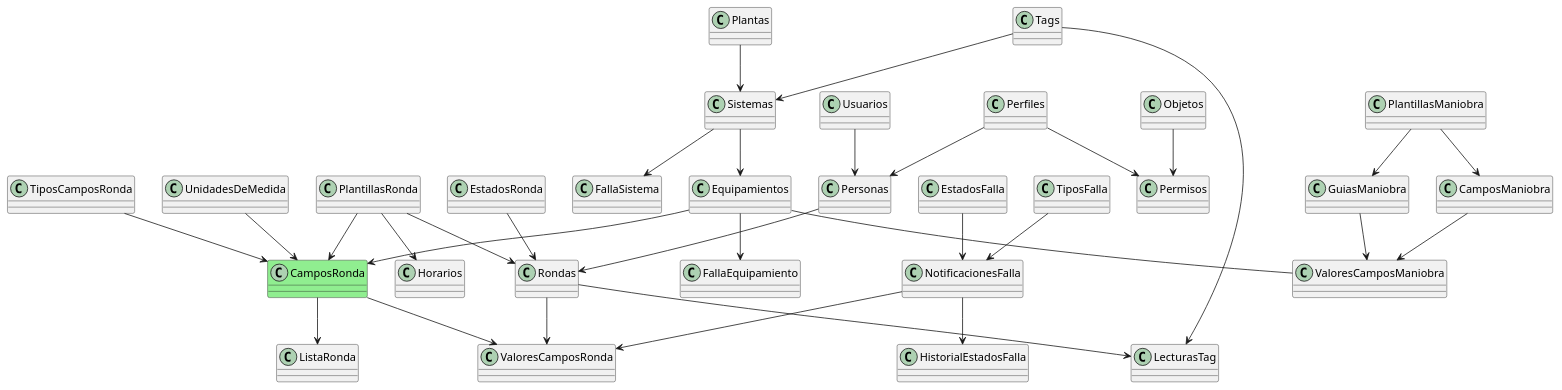
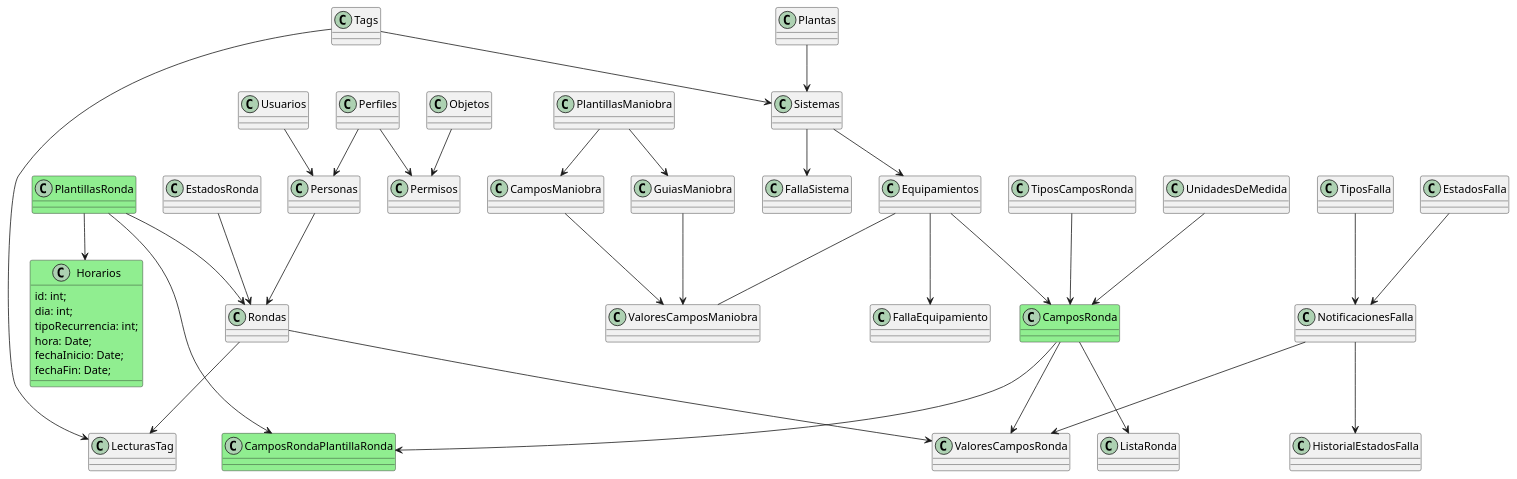
Before and after one commit to AxelkHellberg/corrallonBackend: the diagram in docs/diagrams/src/DER.puml, drawn with PlantUML. The commit also changed 35 other files, not shown here.

```diff
--- a/docs/diagrams/src/DER.puml
+++ b/docs/diagrams/src/DER.puml
@@ -1,38 +1,49 @@
 @startuml
-class PlantillasRonda {
+class PlantillasRonda #lightgreen {
 }
 class CamposRonda #lightgreen {
 }
-
-PlantillasRonda --> CamposRonda
+class Horarios #lightgreen {
+  id: int;
+  dia: int;
+  tipoRecurrencia: int;
+  hora: Date;
+  fechaInicio: Date;
+  fechaFin: Date;
+}
+class CamposRondaPlantillaRonda #lightgreen {
+  
+}
+PlantillasRonda --> CamposRondaPlantillaRonda
+CamposRonda --> CamposRondaPlantillaRonda
 PlantillasRonda --> Horarios
 PlantillasRonda --> Rondas
 Rondas --> ValoresCamposRonda
 Rondas --> LecturasTag
 EstadosRonda --> Rondas
 CamposRonda --> ValoresCamposRonda
 CamposRonda --> ListaRonda
 TiposCamposRonda --> CamposRonda
 UnidadesDeMedida --> CamposRonda
 Equipamientos --> CamposRonda
 Equipamientos -- ValoresCamposManiobra
 Equipamientos --> FallaEquipamiento
 Sistemas --> Equipamientos
 Sistemas --> FallaSistema
 Plantas --> Sistemas
 CamposManiobra --> ValoresCamposManiobra
 PlantillasManiobra --> CamposManiobra
 PlantillasManiobra --> GuiasManiobra
 GuiasManiobra --> ValoresCamposManiobra
 Personas --> Rondas
 Usuarios --> Personas
 Perfiles --> Personas
 Perfiles --> Permisos
 Objetos --> Permisos
 Tags --> Sistemas
 Tags --> LecturasTag
 NotificacionesFalla --> ValoresCamposRonda
 NotificacionesFalla --> HistorialEstadosFalla
 TiposFalla --> NotificacionesFalla
 EstadosFalla --> NotificacionesFalla
 @enduml
```
